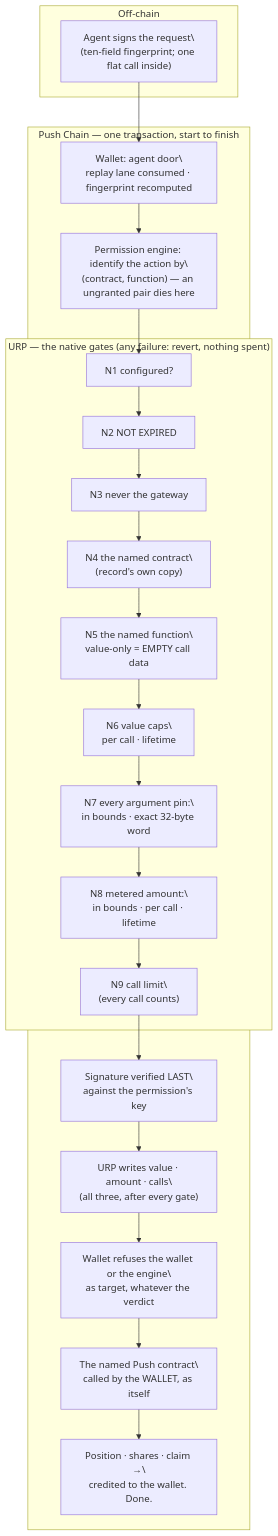
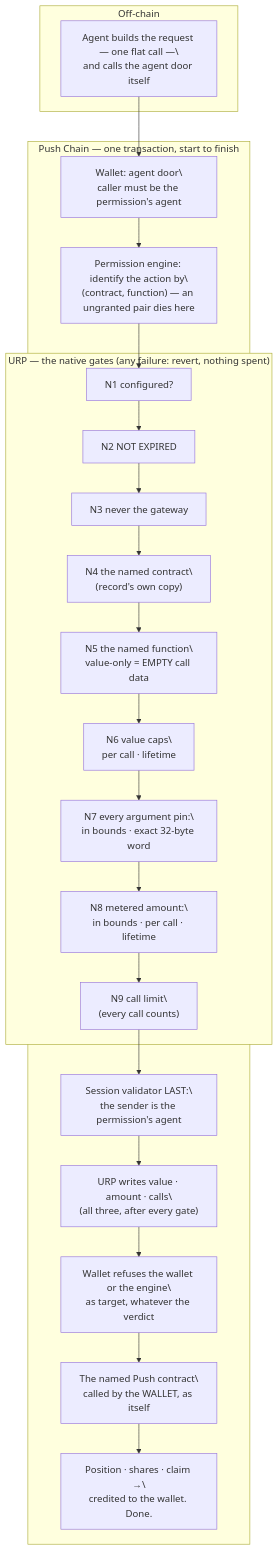
Before and after one commit to HusseinAdeiza/push-agentic-wallets: the second of 4 diagrams in docs/2_UniversalRulesPolicy.md, drawn with Mermaid. The commit also changed other lines of this file and 33 other files, not shown here.

Commit message:
d3 pushSessionValidator-replaced-wd-AgentValidator

````diff
--- a/docs/2_UniversalRulesPolicy.md
+++ b/docs/2_UniversalRulesPolicy.md
@@ -199,40 +199,40 @@
 ```mermaid
 flowchart TB
   subgraph OFF["Off-chain"]
-    AG["Agent signs the request\
-(ten-field fingerprint; one flat call inside)"]
+    AG["Agent builds the request — one flat call —\
+and calls the agent door itself"]
   end
   subgraph PUSH["Push Chain — one transaction, start to finish"]
     DOOR["Wallet: agent door\
-replay lane consumed · fingerprint recomputed"]
+caller must be the permission's agent"]
     ENG["Permission engine: identify the action by\
 (contract, function) — an ungranted pair dies here"]
     subgraph NGATES["URP — the native gates (any failure: revert, nothing spent)"]
       N1["N1 configured?"] --> N2["N2 NOT EXPIRED"] --> N3["N3 never the gateway"]
       N3 --> N4["N4 the named contract\
 (record's own copy)"] --> N5["N5 the named function\
 value-only = EMPTY call data"]
       N5 --> N6["N6 value caps\
 per call · lifetime"]
       N6 --> N7["N7 every argument pin:\
 in bounds · exact 32-byte word"]
       N7 --> N8["N8 metered amount:\
 in bounds · per call · lifetime"]
       N8 --> N9["N9 call limit\
 (every call counts)"]
     end
-    SIGN["Signature verified LAST\
-against the permission's key"]
+    SIGN["Session validator LAST:\
+the sender is the permission's agent"]
     METER["URP writes value · amount · calls\
 (all three, after every gate)"]
     GUARD["Wallet refuses the wallet or the engine\
 as target, whatever the verdict"]
     NP["The named Push contract\
 called by the WALLET, as itself"]
     RES["Position · shares · claim →\
 credited to the wallet. Done."]
   end
 
   AG --> DOOR --> ENG --> N1
   N9 --> SIGN --> METER --> GUARD --> NP --> RES
 ```
````
